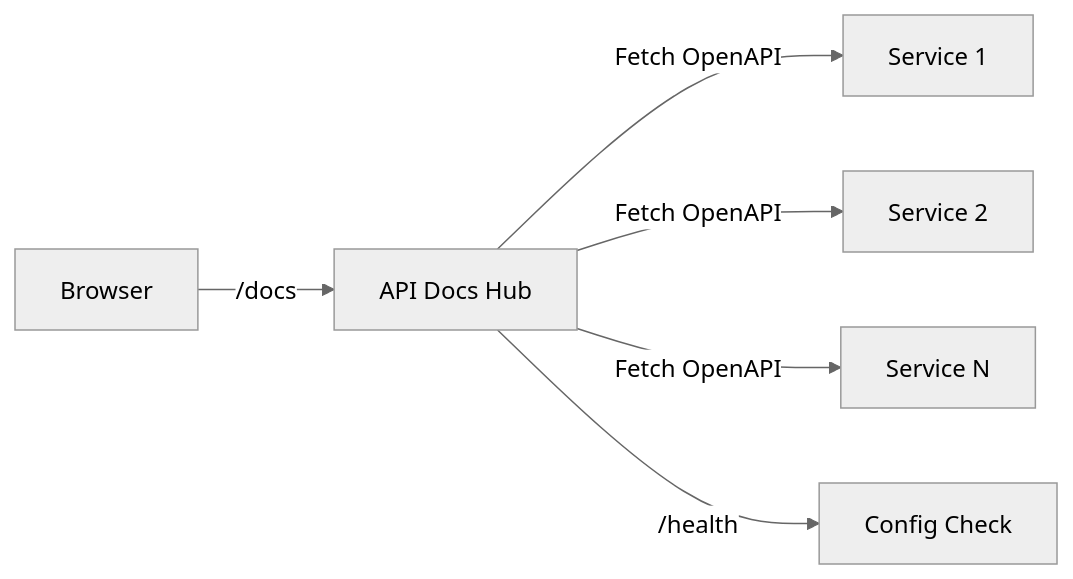
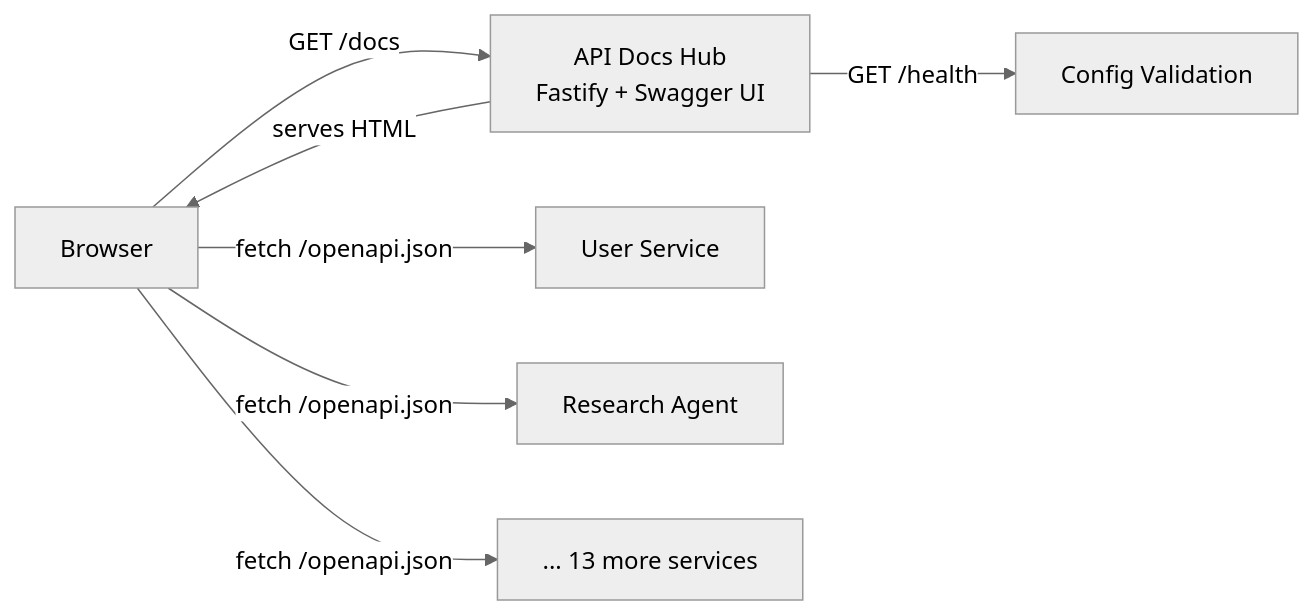
Before and after one commit to pbuchman/intexuraos: the first of 2 diagrams in docs/services/api-docs-hub/technical.md, drawn with Mermaid (neutral theme). The commit also changed other lines of this file and 102 other files, not shown here.

````diff
--- a/docs/services/api-docs-hub/technical.md
+++ b/docs/services/api-docs-hub/technical.md
@@ -12,9 +11,11 @@
 ```mermaid
 graph LR
-    Browser[Browser] -->|/docs| Hub[API Docs Hub]
-    Hub -->|Fetch OpenAPI| S1[Service 1]
-    Hub -->|Fetch OpenAPI| S2[Service 2]
-    Hub -->|Fetch OpenAPI| SN[Service N]
+    Browser[Browser] -->|GET /docs| Hub[API Docs Hub<br>Fastify + Swagger UI]
+    Hub -->|serves HTML| Browser
 
-    Hub -->|/health| Health[Config Check]
+    Browser -->|fetch /openapi.json| S1[User Service]
+    Browser -->|fetch /openapi.json| S2[Research Agent]
+    Browser -->|fetch /openapi.json| SN[... 13 more services]
+
+    Hub -->|GET /health| Health[Config Validation]
 ```
````
